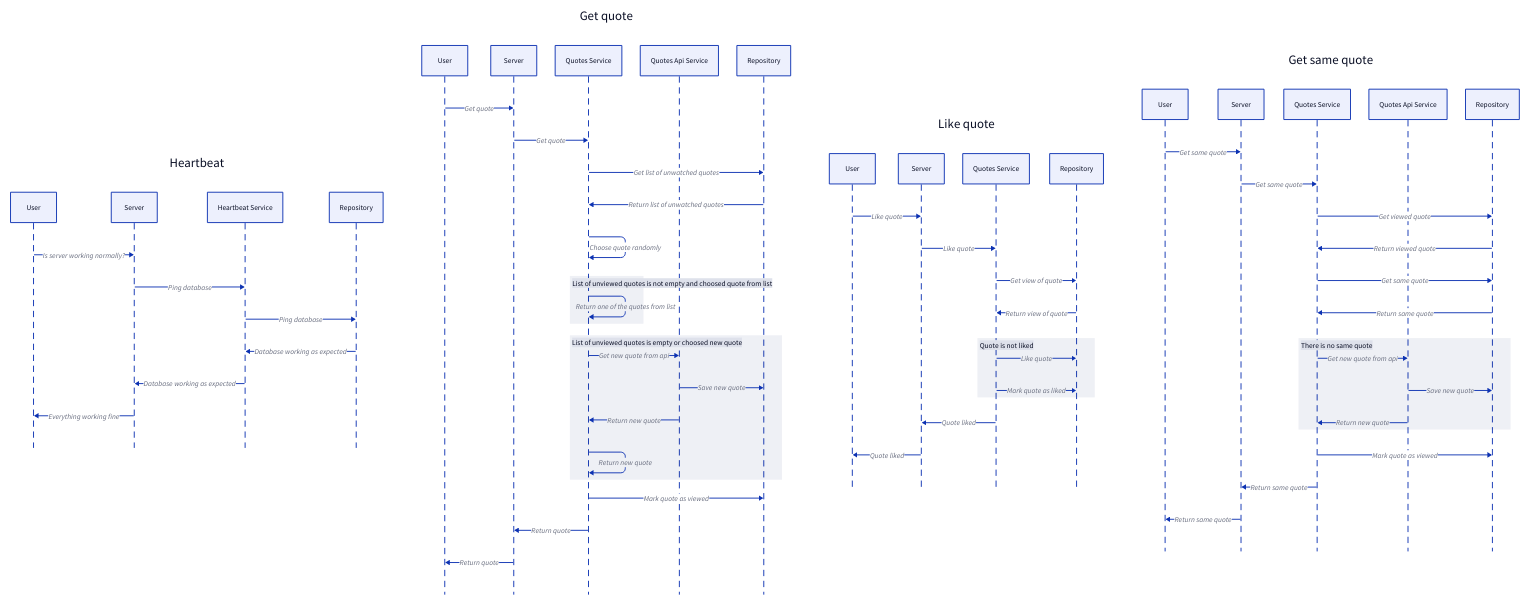
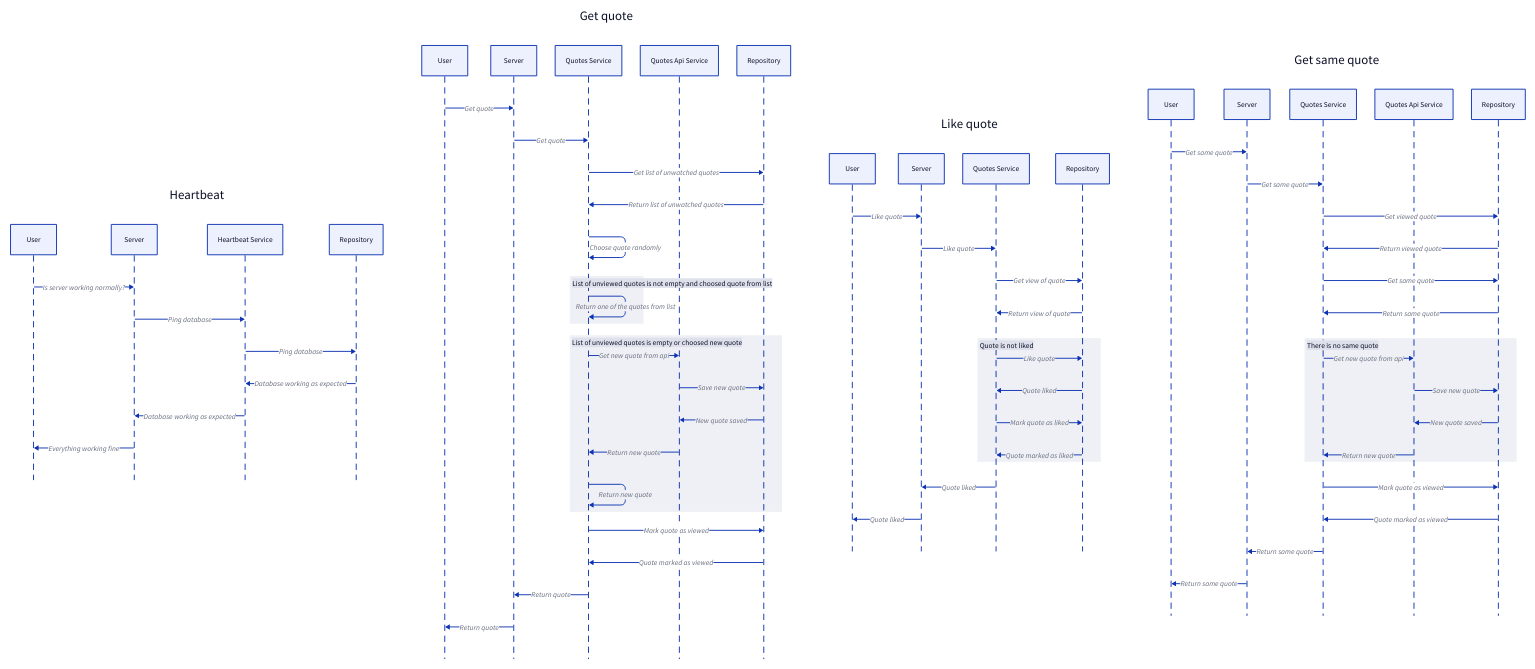
Before and after one commit to VadymLinets/golang-random-quotes: the diagram in docs/sequence_diagram.d2, drawn with D2. The commit also changed 1 other file, not shown here.

Commit message:
Update sequence diagram

```diff
--- a/docs/sequence_diagram.d2
+++ b/docs/sequence_diagram.d2
@@ -1,95 +1,101 @@
 Heartbeat: {
   shape: sequence_diagram
 
   user: User
   server: Server
   heartbeat_service: Heartbeat Service
   repository: Repository
 
   user -> server: Is server working normally?
   server -> heartbeat_service: Ping database
   heartbeat_service -> repository: Ping database
   repository -> heartbeat_service: Database working as expected
   heartbeat_service -> server: Database working as expected
   server -> user: Everything working fine
 }
 
 Get quote: {
   shape: sequence_diagram
 
   user: User
   server: Server
   quotes_service: Quotes Service
   quotes_api_service: Quotes Api Service
   repository: Repository
 
   user -> server: Get quote
   server -> quotes_service: Get quote
   quotes_service -> repository: Get list of unwatched quotes
   repository -> quotes_service: Return list of unwatched quotes
   quotes_service -> quotes_service: Choose quote randomly
 
   List of unviewed quotes is not empty and choosed quote from list: {
     quotes_service -> quotes_service: Return one of the quotes from list
   }
 
   List of unviewed quotes is empty or choosed new quote: {
     quotes_service -> quotes_api_service: Get new quote from api
     quotes_api_service -> repository: Save new quote
+    repository -> quotes_api_service: New quote saved
     quotes_api_service -> quotes_service: Return new quote
     quotes_service -> quotes_service: Return new quote
   }
 
   quotes_service -> repository: Mark quote as viewed
+  repository -> quotes_service: Quote marked as viewed
   quotes_service -> server: Return quote
   server -> user: Return quote
 }
 
 Like quote: {
   shape: sequence_diagram
 
   user: User
   server: Server
   quotes_service: Quotes Service
   repository: Repository
 
   user -> server: Like quote
   server -> quotes_service: Like quote
   quotes_service -> repository: Get view of quote
   repository -> quotes_service: Return view of quote
 
   Quote is not liked: {
     quotes_service -> repository: Like quote
+    repository -> quotes_service: Quote liked
     quotes_service -> repository: Mark quote as liked
+    repository -> quotes_service: Quote marked as liked
   }
 
   quotes_service -> server: Quote liked
   server -> user: Quote liked
 }
 
 Get same quote: {
   shape: sequence_diagram
 
   user: User
   server: Server
   quotes_service: Quotes Service
   quotes_api_service: Quotes Api Service
   repository: Repository
 
   user -> server: Get same quote
   server -> quotes_service: Get same quote
   quotes_service -> repository: Get viewed quote
   repository -> quotes_service: Return viewed quote
   quotes_service -> repository: Get same quote
   repository -> quotes_service: Return same quote
 
   There is no same quote: {
     quotes_service -> quotes_api_service: Get new quote from api
     quotes_api_service -> repository: Save new quote
+    repository -> quotes_api_service: New quote saved
     quotes_api_service -> quotes_service: Return new quote
   }
 
   quotes_service -> repository: Mark quote as viewed
+  repository -> quotes_service: Quote marked as viewed
   quotes_service -> server: Return same quote
   server -> user: Return same quote
 }
```
